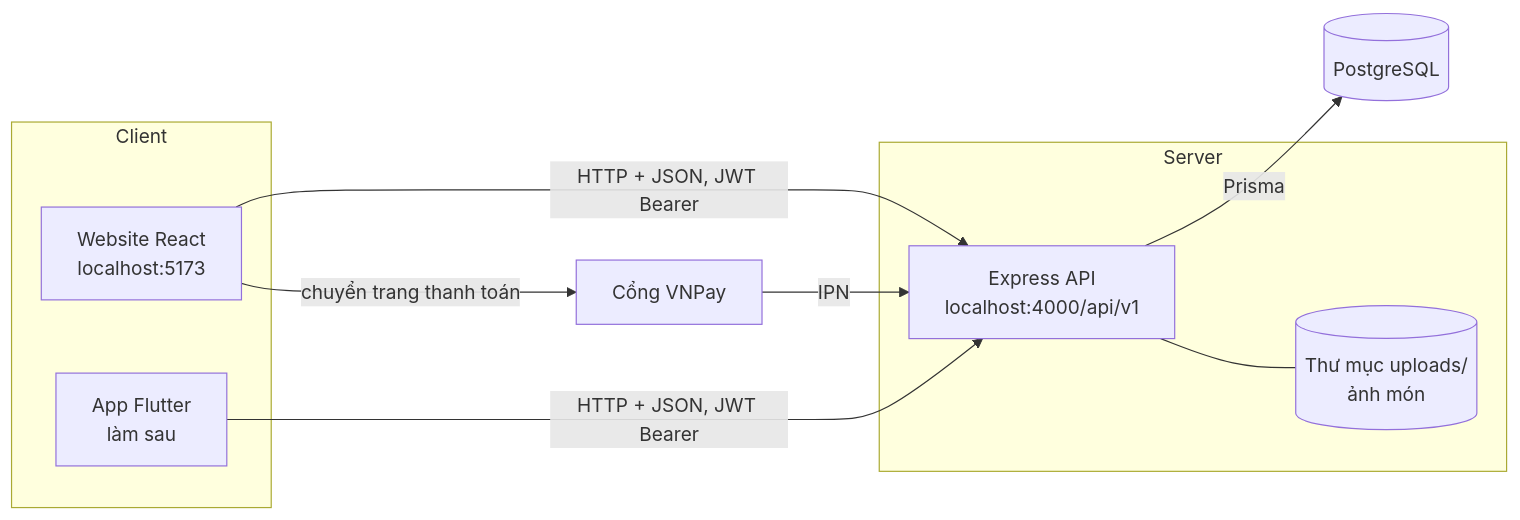
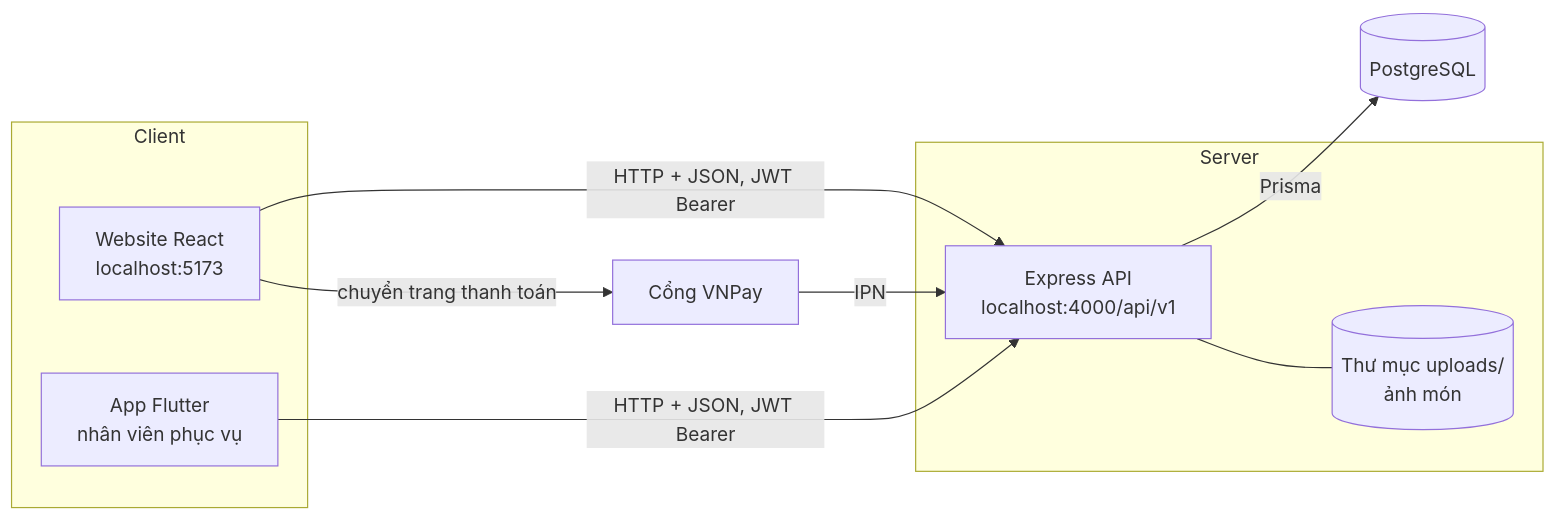
Diagram 16 of 18 in docs/17-tu-lieu-viet-bao-cao.md (vodinhnguu/fab-restaurant), drawn with Mermaid before and after one commit. The commit also changed other lines of this file and 178 other files, not shown here.

First line of the commit message:
App phục vụ, ăn tại quán, kỹ thuật bảo trì; thực đơn hải sản bán theo kg, cân tại hồ, Best seller

````diff
--- a/docs/17-tu-lieu-viet-bao-cao.md
+++ b/docs/17-tu-lieu-viet-bao-cao.md
@@ -579,19 +914,19 @@
 ```mermaid
 flowchart LR
     subgraph Client
       W[Website React<br/>localhost:5173]
-      M[App Flutter<br/>làm sau]
+      M[App Flutter<br/>nhân viên phục vụ]
     end
     subgraph Server
       A[Express API<br/>localhost:4000/api/v1]
       U[(Thư mục uploads/<br/>ảnh món)]
     end
     DB[(PostgreSQL)]
     V[Cổng VNPay]
     W -- HTTP + JSON, JWT Bearer --> A
     M -- HTTP + JSON, JWT Bearer --> A
     A -- Prisma --> DB
     A --- U
     W -- chuyển trang thanh toán --> V
     V -- IPN --> A
 ```
````
